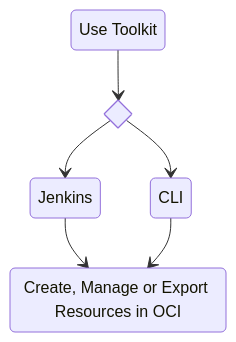
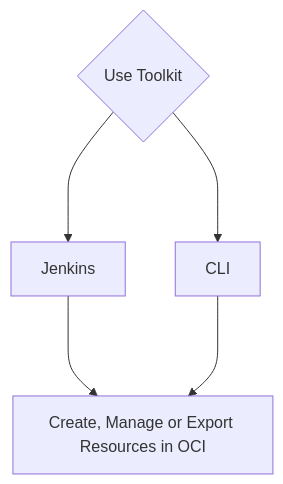
Before and after one commit to oracle-devrel/cd3-automation-toolkit: the diagram in documentation/docs/connect-container-to-oci-tenancy.md, drawn with Mermaid. The commit also changed other lines of this file and 11 other files, not shown here.

````diff
--- a/documentation/docs/connect-container-to-oci-tenancy.md
+++ b/documentation/docs/connect-container-to-oci-tenancy.md
@@ -30,13 +31,10 @@
 ``` mermaid
-stateDiagram-v2
+flowchart TD
+    A{Use Toolkit}
+    A ---> B[Jenkins]
+    A ---> C[CLI]
+    B ---> D[Create, Manage or Export Resources in OCI]
+    C ---> D
 
-  Use: Use Toolkit
-  Create: Create, Manage or Export Resources in OCI
-   state if_state <<choice>>
-    Use --> if_state
-    if_state --> Jenkins
-    if_state --> CLI
-    Jenkins --> Create
-    CLI --> Create
-  
+    
 ```
````
